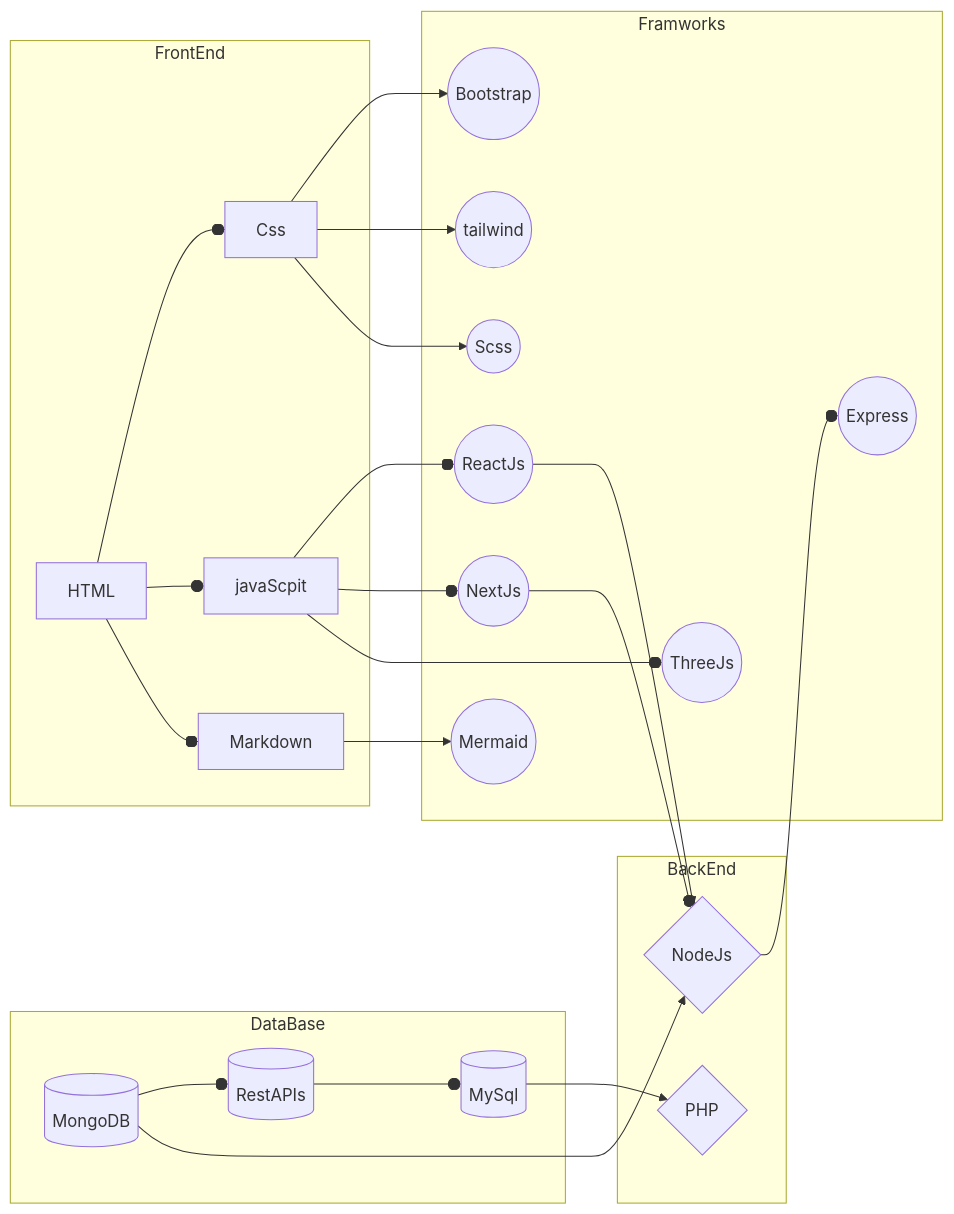
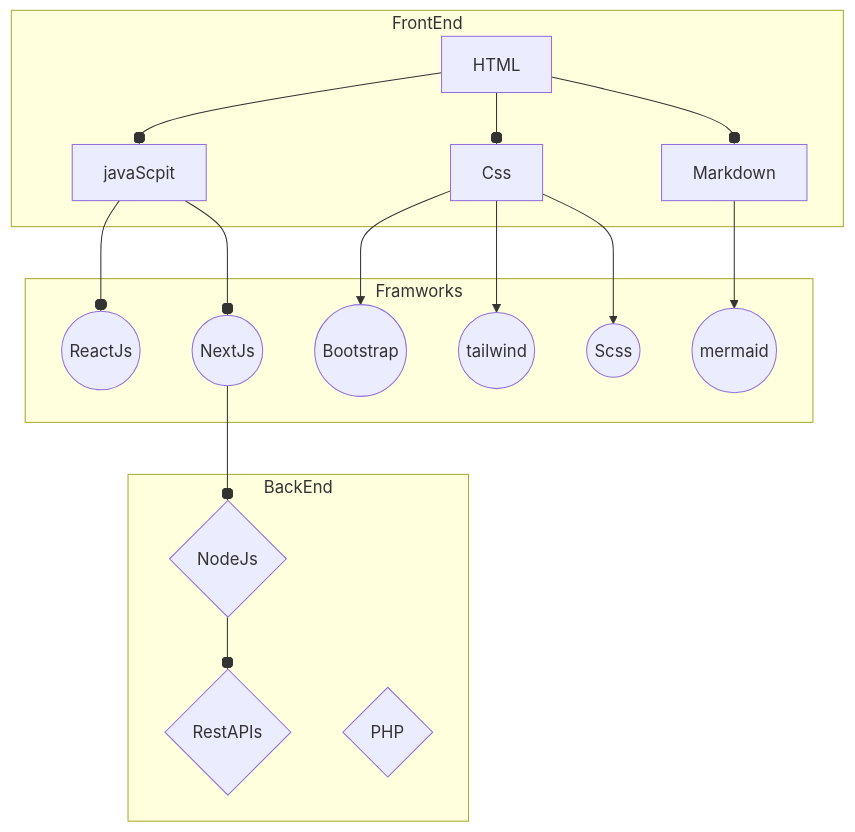
One commit to DSDmark/DSDmark changed the second of 2 diagrams in README.md. Above: the diagram before and after it, drawn with Mermaid. The commit also changed other lines of this file, not shown here.

````diff
--- a/README.md
+++ b/README.md
@@ -27,62 +76,46 @@
 ```mermaid
-flowchart LR
+flowchart 
 f1[HTML]
 f2[Css]
 f3[javaScpit]
 f4[Markdown]
 fw1((ReactJs))
 fw2((NextJs))
 fw3((Bootstrap))
 fw4((tailwind))
 fw5((Scss))
-fw6((Mermaid))
-fw7((ThreeJs))
-fw8((Express))
+fw6((mermaid))
 b1{NodeJs}
+b2{RestAPIs}
 b3{PHP}
-db1[(MongoDB)]
-db2[(MySql)]
-db3[(RestAPIs)]
- subgraph  DataBase
-db1
-db2
-db3
- end  
  subgraph  BackEnd
 b1
+b2
 b3
  end  
  subgraph Framworks 
 fw1
 fw2
 fw3
 fw4
 fw5
 fw6
-fw7
-fw8
  end
   subgraph  FrontEnd 
  f1
  f2
  f3
  f4
  end  
  f1 --o f2
  f1 --o f3
  f1 --o f4
  f2 --> fw3
  f2 --> fw4
  f2 --> fw5
  f3 --o fw1
  f3 --o fw2
- f3 ---o fw7
- b1 --o fw8
  fw2 --o b1
  f4 --> fw6
- db1 --o db3
- db3 --o db2
- db1 --> b1
- db2 --> b3
- fw1 --> b1
+ b1 --o b2
  ```
````
